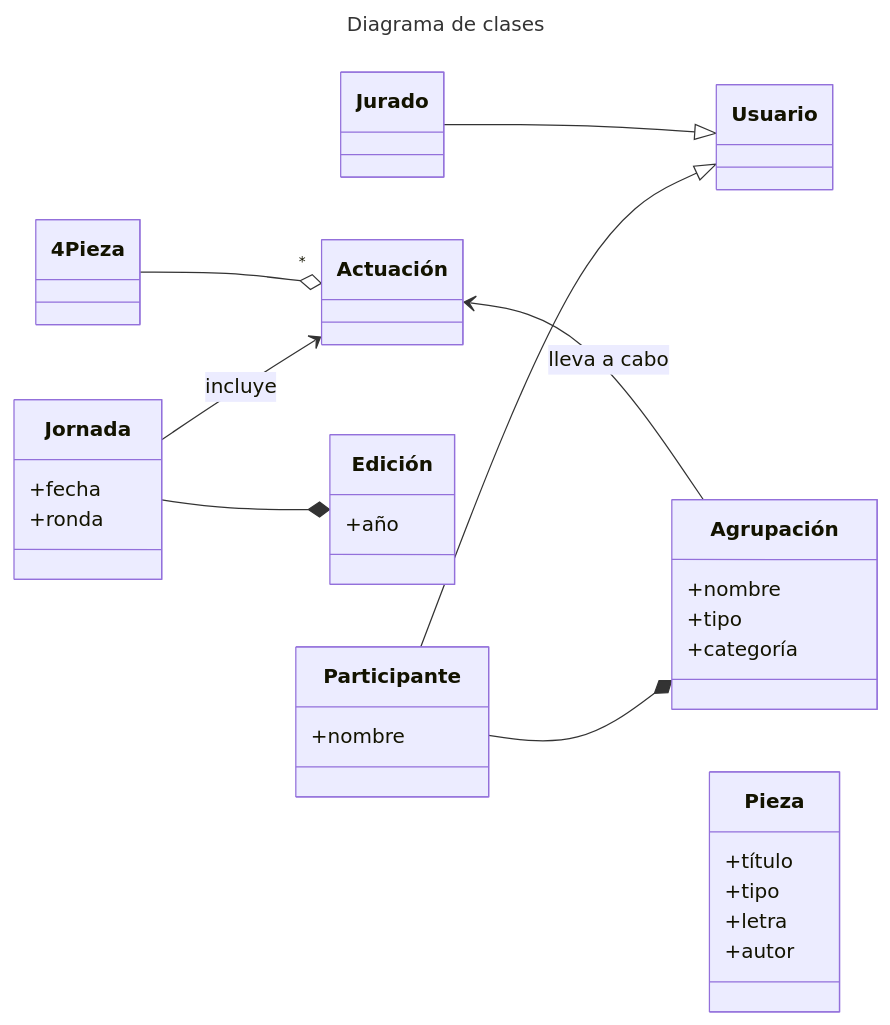
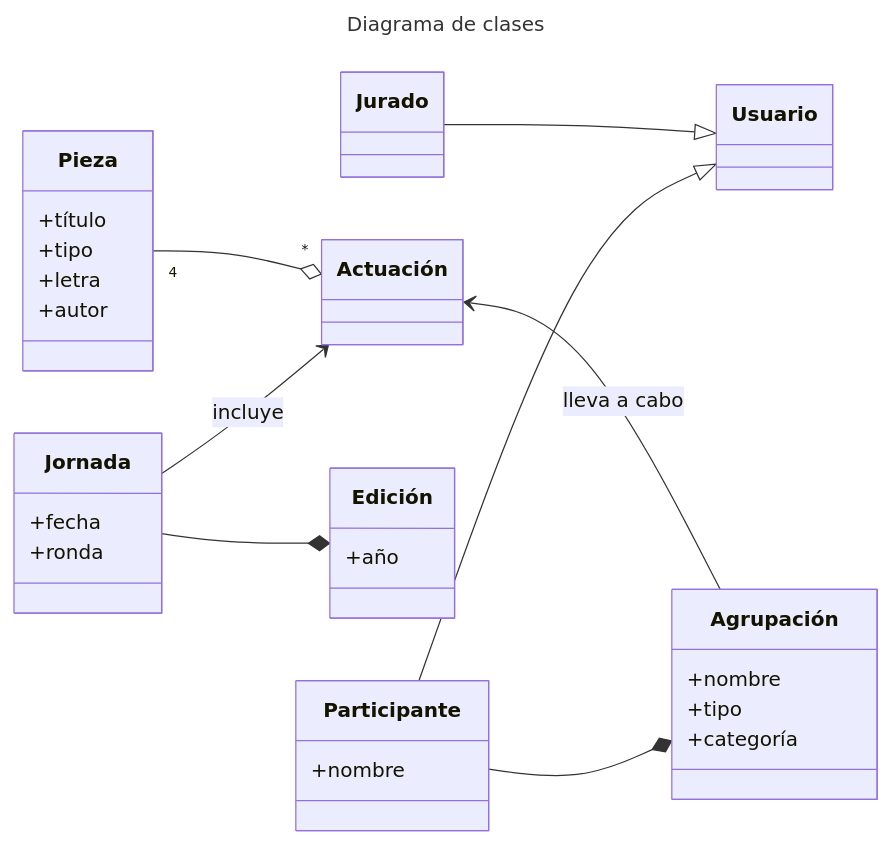
Before and after one commit to Lr2314/iw2026-2027-carnaval: the diagram in docs/requisitos.md, drawn with Mermaid.

Commit message:
Arreglar formato

````diff
--- a/docs/requisitos.md
+++ b/docs/requisitos.md
@@ -2,35 +2,35 @@
 ```mermaid
 ---
 title: Diagrama de clases
 ---
 classDiagram
     direction RL
     Agrupación *-- Participante
     Agrupación --> Actuación : lleva a cabo
     Actuación <-- Jornada : incluye
-    Actuación "*"o--4 Pieza
+    Actuación "*"o--"4" Pieza
     Edición *-- Jornada
     Usuario <|-- Participante
     Usuario <|-- Jurado
     class Agrupación{
         +nombre
         +tipo
         +categoría
     }
     class Participante {
         +nombre
     }
     class Jornada {
         +fecha
         +ronda
     }
     class Pieza {
         +título
         +tipo
         +letra
         +autor
     }
     class Edición {
         +año
     }
 ```
````
